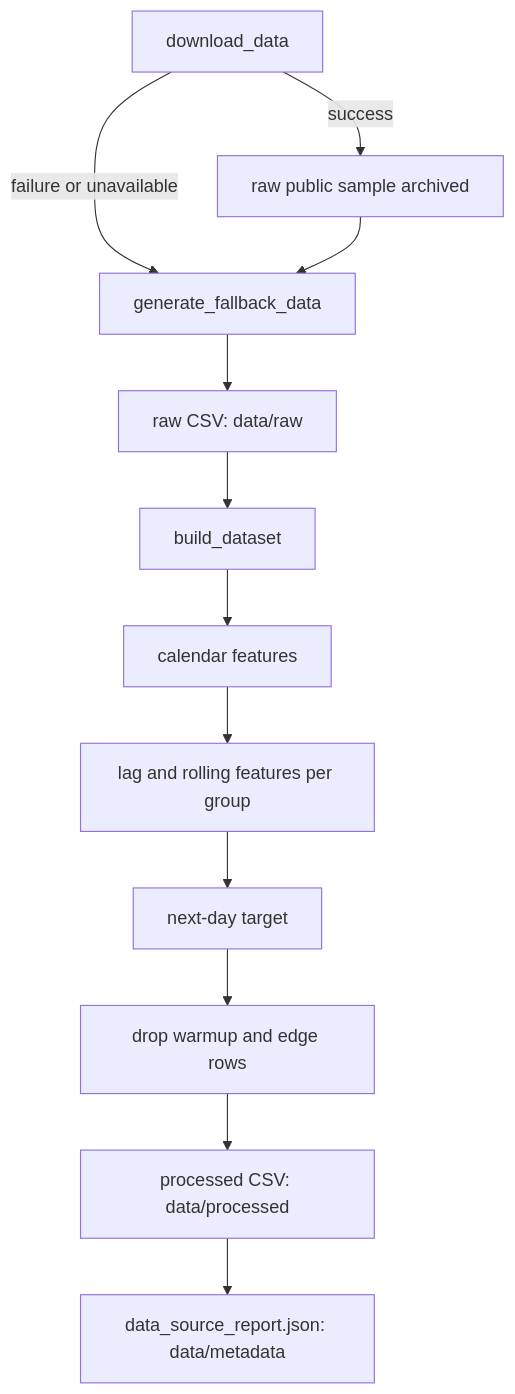
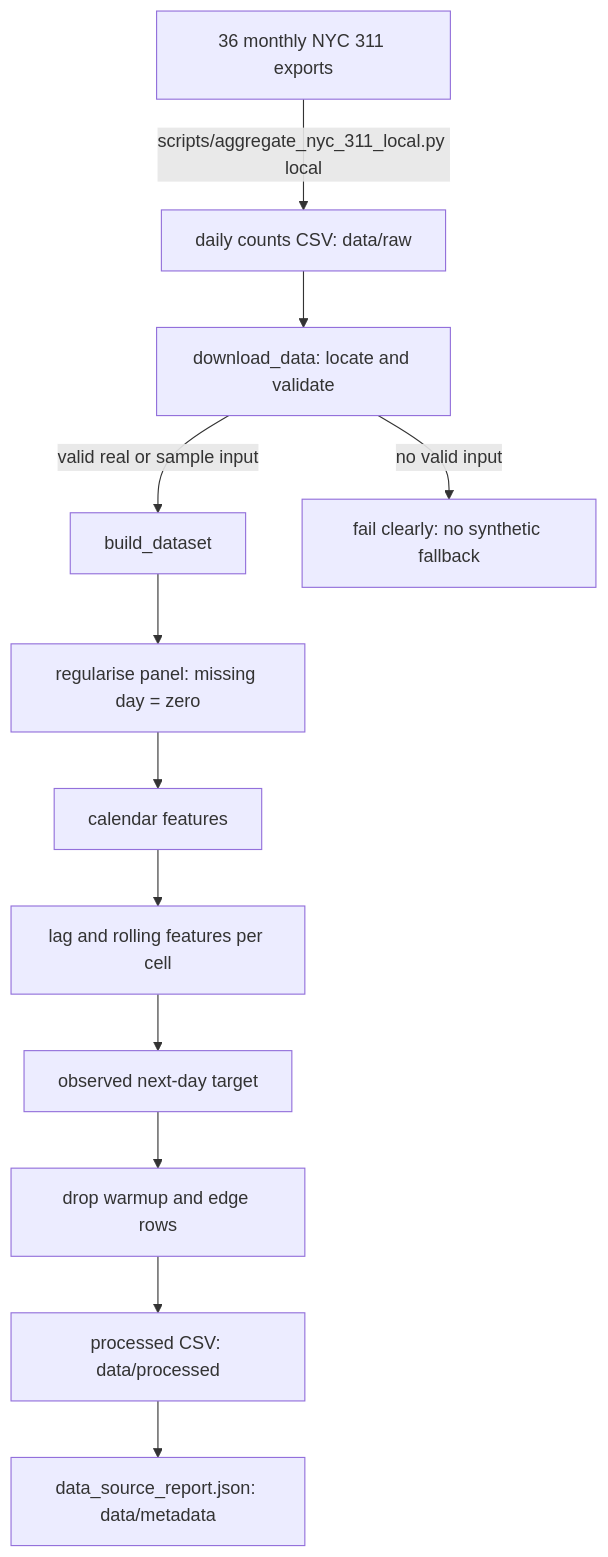
The first of 4 diagrams in public-signal-service-forecasting/docs/architecture.md (Nassar-Coding/Nassar-Coding.github.io), drawn with Mermaid before and after one commit. The commit also changed other lines of this file and 32 other files, not shown here.

First line of the commit message:
Upgrade forecasting baseline to real NYC 311 data

````diff
--- a/public-signal-service-forecasting/docs/architecture.md
+++ b/public-signal-service-forecasting/docs/architecture.md
@@ -26,14 +26,14 @@
 ```mermaid
 flowchart TD
-    A[download_data] -->|success| B[raw public sample archived]
-    A -->|failure or unavailable| C[generate_fallback_data]
-    B --> C
-    C --> D[raw CSV: data/raw]
-    D --> E[build_dataset]
-    E --> F[calendar features]
-    F --> G[lag and rolling features per group]
-    G --> H[next-day target]
+    M[36 monthly NYC 311 exports] -->|scripts/aggregate_nyc_311_local.py local| N[daily counts CSV: data/raw]
+    N --> A[download_data: locate and validate]
+    A -->|valid real or sample input| E[build_dataset]
+    A -->|no valid input| X[fail clearly: no synthetic fallback]
+    E --> P[regularise panel: missing day = zero]
+    P --> F[calendar features]
+    F --> G[lag and rolling features per cell]
+    G --> H[observed next-day target]
     H --> I[drop warmup and edge rows]
     I --> J[processed CSV: data/processed]
     J --> K[data_source_report.json: data/metadata]
 ```
````
